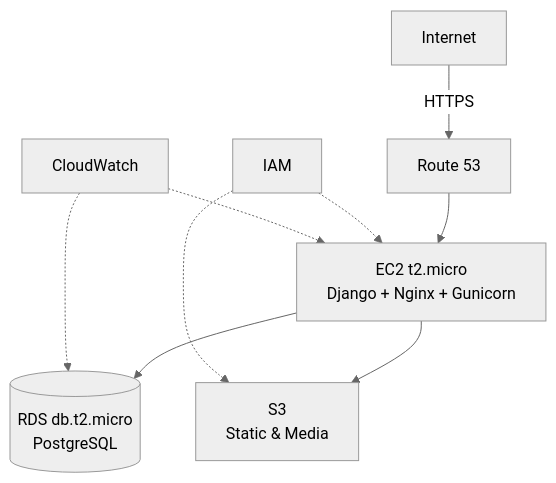
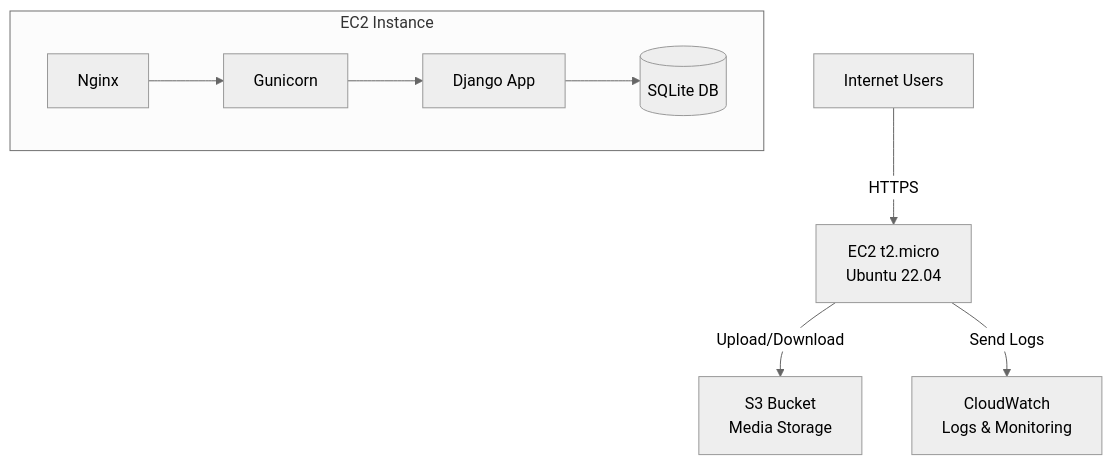
One commit to owuorviny109/SafariSmart changed the diagram in AWS_DEPLOYMENT_PLAN.md. Above: the diagram before and after it, drawn with Mermaid (neutral theme). The commit also changed other lines of this file, not shown here.

First line of the commit message:
docs: Rewrite AWS deployment plan with optimized architecture

````diff
--- a/AWS_DEPLOYMENT_PLAN.md
+++ b/AWS_DEPLOYMENT_PLAN.md
@@ -10,19 +26,22 @@
 ```mermaid
 graph TB
-    Internet[Internet]
-    Route53[Route 53]
-    EC2[EC2 t2.micro<br/>Django + Nginx + Gunicorn]
-    RDS[(RDS db.t2.micro<br/>PostgreSQL)]
-    S3[S3<br/>Static & Media]
-    IAM[IAM]
-    CloudWatch[CloudWatch]
+    Internet[Internet Users]
+    EC2[EC2 t2.micro<br/>Ubuntu 22.04]
+    S3[S3 Bucket<br/>Media Storage]
+    CW[CloudWatch<br/>Logs & Monitoring]
     
-    Internet -->|HTTPS| Route53
-    Route53 --> EC2
-    EC2 --> RDS
-    EC2 --> S3
-    IAM -.-> EC2
-    IAM -.-> S3
-    CloudWatch -.-> EC2
-    CloudWatch -.-> RDS
+    Internet -->|HTTPS| EC2
+    EC2 -->|Upload/Download| S3
+    EC2 -->|Send Logs| CW
+    
+    subgraph EC2_Instance[EC2 Instance]
+        Django[Django App]
+        Nginx[Nginx]
+        Gunicorn[Gunicorn]
+        SQLite[(SQLite DB)]
+        
+        Nginx --> Gunicorn
+        Gunicorn --> Django
+        Django --> SQLite
+    end
 ```
````
